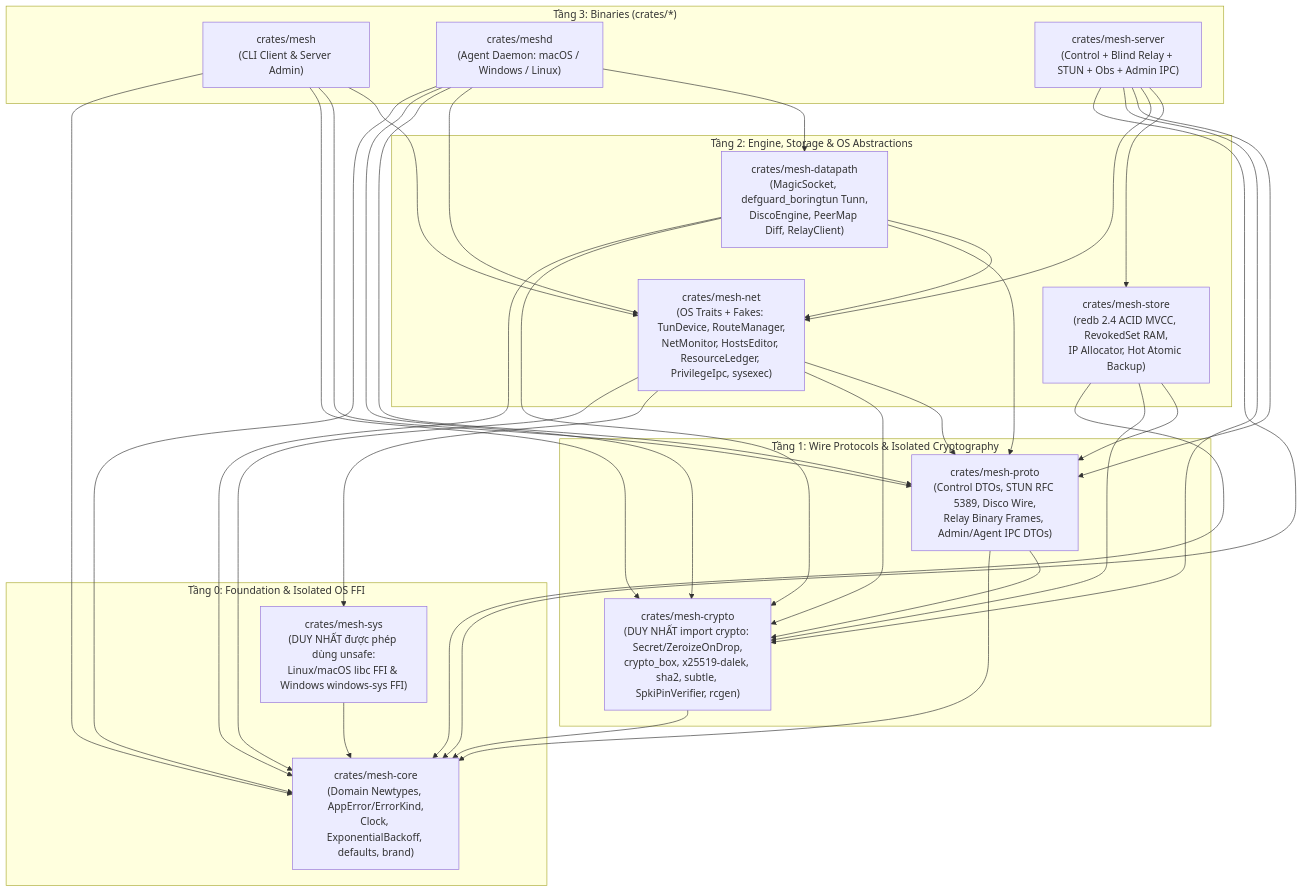
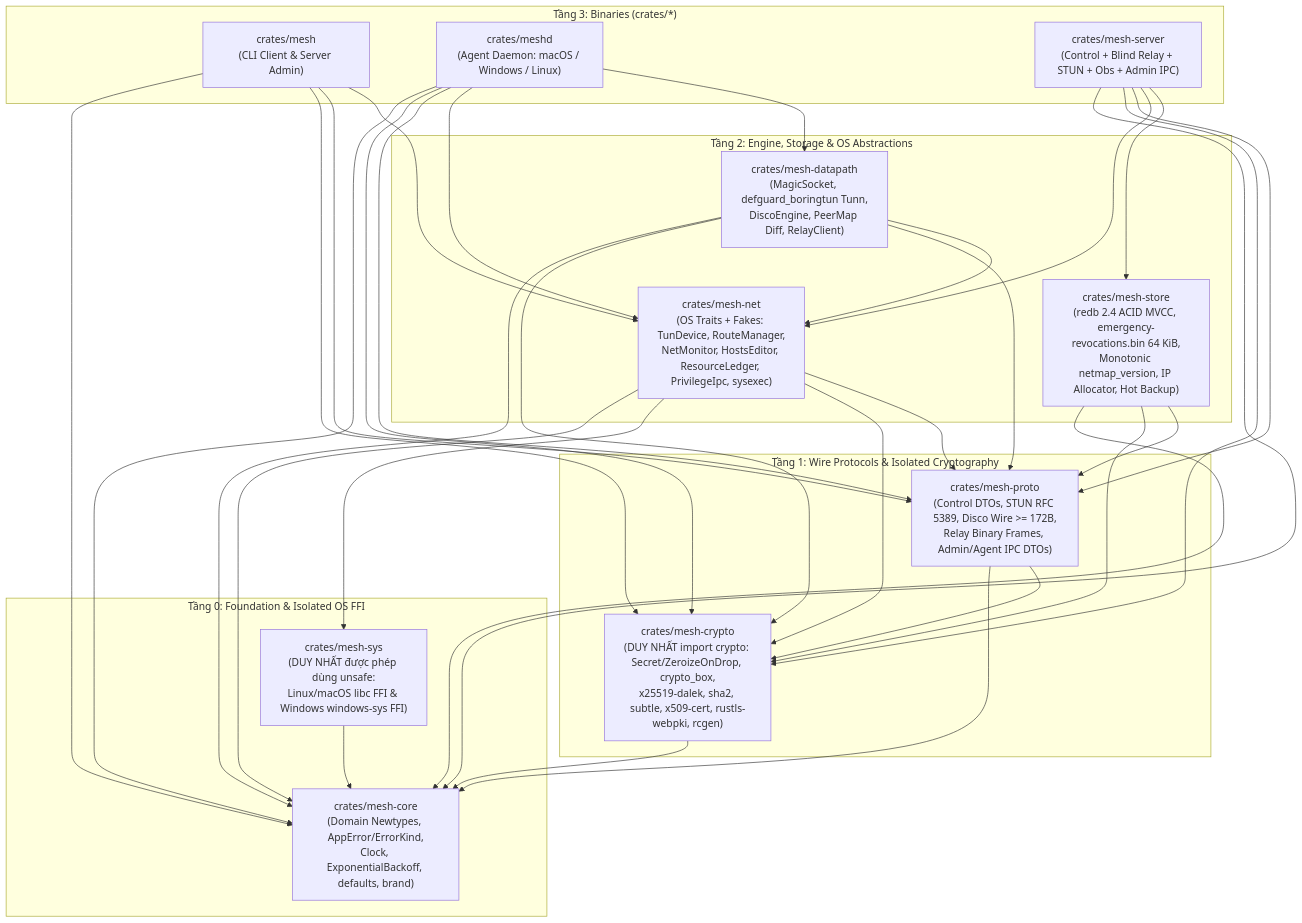
The third of 11 diagrams in docs/03-system-design/system-architecture.md (nguyenvando420-spec/mesh-vpn), drawn with Mermaid before and after one commit. The commit also changed other lines of this file and 14 other files, not shown here.

````diff
--- a/docs/03-system-design/system-architecture.md
+++ b/docs/03-system-design/system-architecture.md
@@ -162,61 +168,61 @@
 ```mermaid
 flowchart TD
     subgraph Binaries["Tầng 3: Binaries (crates/*)"]
         BinCli["crates/mesh<br/>(CLI Client & Server Admin)"]
         BinDaemon["crates/meshd<br/>(Agent Daemon: macOS / Windows / Linux)"]
         BinServer["crates/mesh-server<br/>(Control + Blind Relay + STUN + Obs + Admin IPC)"]
     end
 
     subgraph RuntimeLibs["Tầng 2: Engine, Storage & OS Abstractions"]
         LibDatapath["crates/mesh-datapath<br/>(MagicSocket, defguard_boringtun Tunn,<br/>DiscoEngine, PeerMap Diff, RelayClient)"]
-        LibStore["crates/mesh-store<br/>(redb 2.4 ACID MVCC, RevokedSet RAM,<br/>IP Allocator, Hot Atomic Backup)"]
+        LibStore["crates/mesh-store<br/>(redb 2.4 ACID MVCC, emergency-revocations.bin 64 KiB,<br/>Monotonic netmap_version, IP Allocator, Hot Backup)"]
         LibNet["crates/mesh-net<br/>(OS Traits + Fakes: TunDevice, RouteManager,<br/>NetMonitor, HostsEditor, ResourceLedger, PrivilegeIpc, sysexec)"]
     end
 
     subgraph ProtoCrypto["Tầng 1: Wire Protocols & Isolated Cryptography"]
-        LibProto["crates/mesh-proto<br/>(Control DTOs, STUN RFC 5389, Disco Wire,<br/>Relay Binary Frames, Admin/Agent IPC DTOs)"]
-        LibCrypto["crates/mesh-crypto<br/>(DUY NHẤT import crypto: Secret<T>/ZeroizeOnDrop,<br/>crypto_box, x25519-dalek, sha2, subtle, SpkiPinVerifier, rcgen)"]
+        LibProto["crates/mesh-proto<br/>(Control DTOs, STUN RFC 5389, Disco Wire >= 172B,<br/>Relay Binary Frames, Admin/Agent IPC DTOs)"]
+        LibCrypto["crates/mesh-crypto<br/>(DUY NHẤT import crypto: Secret<T>/ZeroizeOnDrop, crypto_box,<br/>x25519-dalek, sha2, subtle, x509-cert, rustls-webpki, rcgen)"]
     end
 
     subgraph Foundation["Tầng 0: Foundation & Isolated OS FFI"]
         LibCore["crates/mesh-core<br/>(Domain Newtypes, AppError/ErrorKind,<br/>Clock, ExponentialBackoff, defaults, brand)"]
         LibSys["crates/mesh-sys<br/>(DUY NHẤT được phép dùng unsafe:<br/>Linux/macOS libc FFI & Windows windows-sys FFI)"]
     end
 
     BinCli --> LibNet
     BinCli --> LibProto
     BinCli --> LibCrypto
     BinCli --> LibCore
 
     BinDaemon --> LibDatapath
     BinDaemon --> LibNet
     BinDaemon --> LibProto
     BinDaemon --> LibCrypto
     BinDaemon --> LibCore
 
     BinServer --> LibStore
     BinServer --> LibNet
     BinServer --> LibProto
     BinServer --> LibCrypto
     BinServer --> LibCore
 
     LibDatapath --> LibNet
     LibDatapath --> LibProto
     LibDatapath --> LibCrypto
     LibDatapath --> LibCore
 
     LibStore --> LibProto
     LibStore --> LibCrypto
     LibStore --> LibCore
 
     LibNet --> LibProto
     LibNet --> LibCrypto
     LibNet --> LibSys
     LibNet --> LibCore
 
     LibProto --> LibCrypto
     LibProto --> LibCore
 
     LibCrypto --> LibCore
     LibSys --> LibCore
 ```
````
